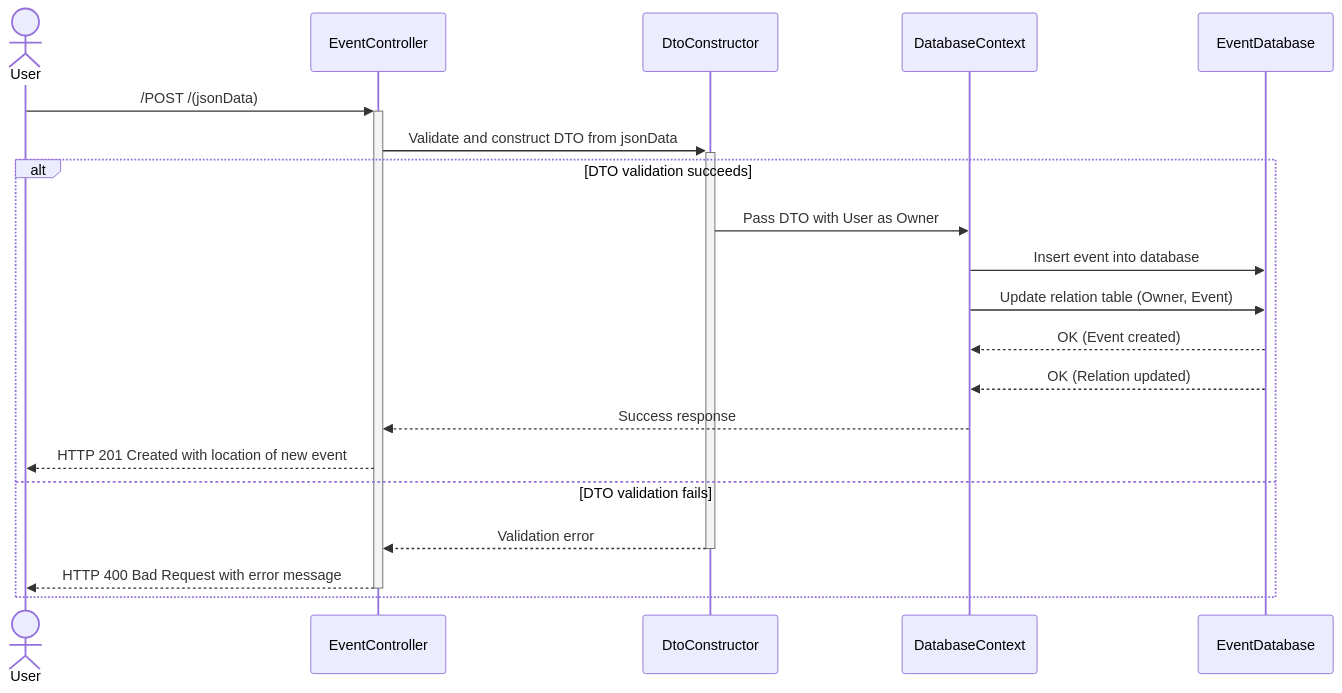
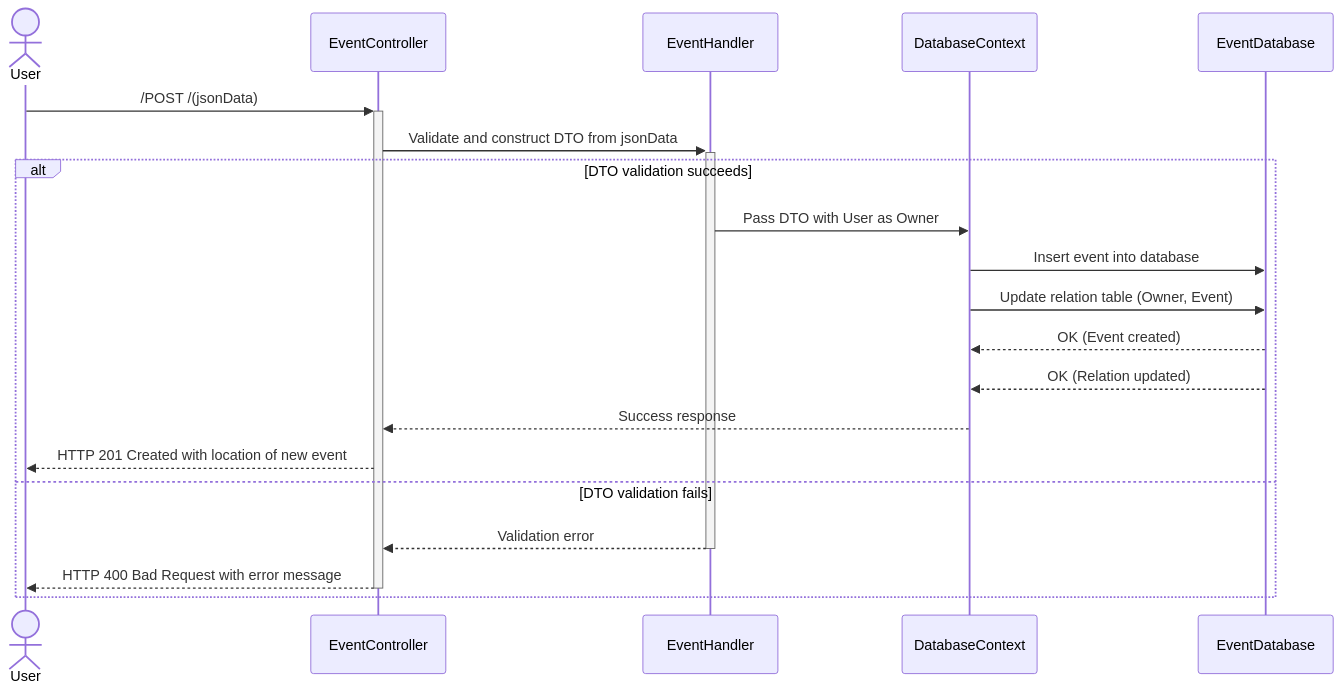
One commit to JohnB08/Event_Signup_MVC changed the sixth of 9 diagrams in design_document.md. Above: the diagram before and after it, drawn with Mermaid. The commit also changed other lines of this file and 4 other files, not shown here.

````diff
--- a/design_document.md
+++ b/design_document.md
@@ -189,23 +189,23 @@
 ```mermaid
 sequenceDiagram
     actor User
     participant EventController
-    participant DtoConstructor
+    participant EventHandler
     participant DatabaseContext
     participant EventDatabase
 
     User ->>+ EventController: /POST /(jsonData)
-    EventController ->>+ DtoConstructor: Validate and construct DTO from jsonData
+    EventController ->>+ EventHandler: Validate and construct DTO from jsonData
     alt DTO validation succeeds
-        DtoConstructor ->> DatabaseContext: Pass DTO with User as Owner
+        EventHandler ->> DatabaseContext: Pass DTO with User as Owner
         DatabaseContext ->> EventDatabase: Insert event into database
         DatabaseContext ->> EventDatabase: Update relation table (Owner, Event)
         EventDatabase -->> DatabaseContext: OK (Event created)
         EventDatabase -->> DatabaseContext: OK (Relation updated)
         DatabaseContext -->> EventController: Success response
         EventController -->> User: HTTP 201 Created with location of new event
     else DTO validation fails
-        DtoConstructor -->>- EventController: Validation error
+        EventHandler -->>- EventController: Validation error
         EventController -->>- User: HTTP 400 Bad Request with error message
     end
 ```
````
